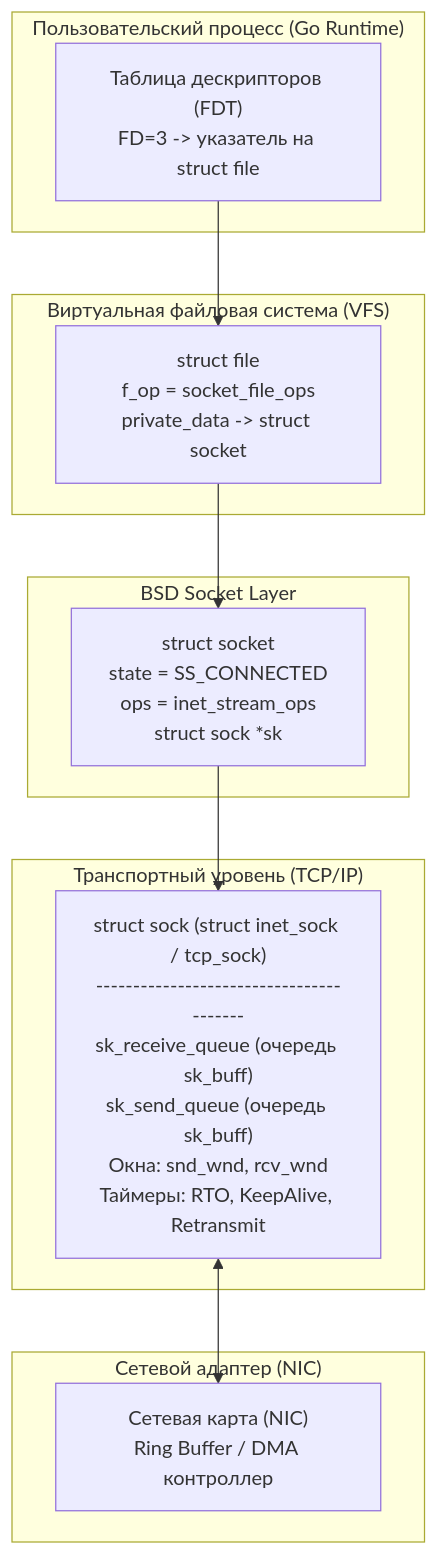
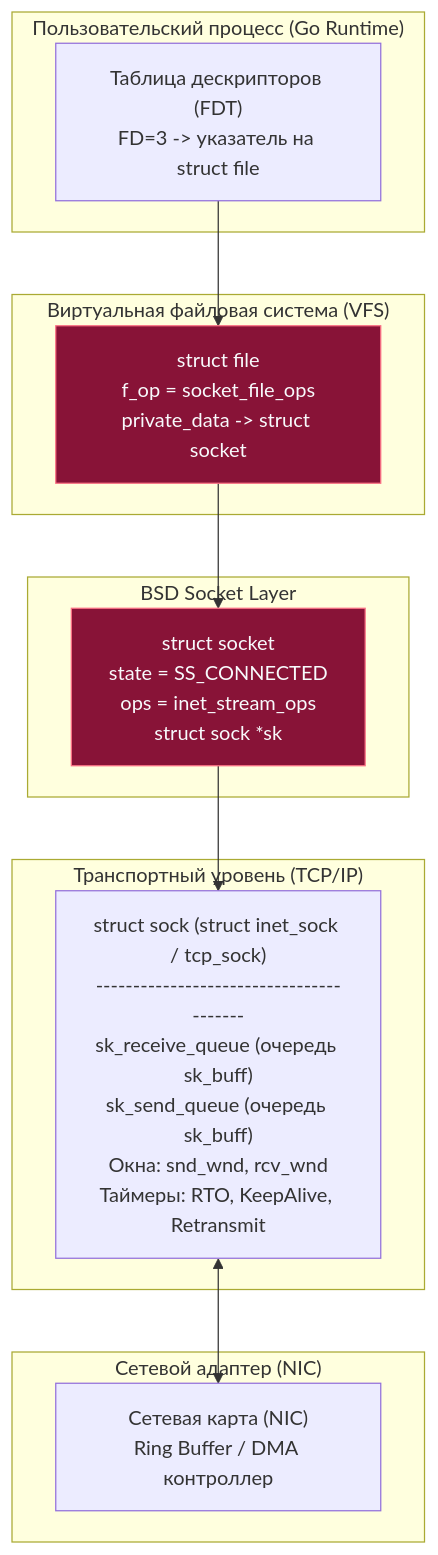
The third of 4 diagrams in sources/3. Компьютерные сети и сетевой стек/15. Порты, сокеты и Socket API.md (UnrealTemplier/go-textbook), drawn with Mermaid before and after one commit. The commit also changed other lines of this file and 1666 other files, not shown here.

First line of the commit message:
feat(mermaid): add semantic color classDef to 1369 colorless flowchart/graph diagrams

````diff
--- a/sources/3. Компьютерные сети и сетевой стек/15. Порты, сокеты и Socket API.md
+++ b/sources/3. Компьютерные сети и сетевой стек/15. Порты, сокеты и Socket API.md
@@ -233,27 +243,37 @@
 ```mermaid
 flowchart TD
+    classDef process  fill:#1e293b,stroke:#38bdf8,stroke-width:1px,color:#f8fafc
+    classDef success  fill:#064e3b,stroke:#34d399,stroke-width:1px,color:#f8fafc
+    classDef error    fill:#7f1d1d,stroke:#f87171,stroke-width:1px,color:#f8fafc
+    classDef warning  fill:#78350f,stroke:#fbbf24,stroke-width:1px,color:#f8fafc
+    classDef entry    fill:#1e3a5f,stroke:#38bdf8,stroke-width:2px,color:#f8fafc
+    classDef aux      fill:#334155,stroke:#64748b,stroke-width:1px,color:#f8fafc
+    classDef system   fill:#312e81,stroke:#a78bfa,stroke-width:1px,color:#f8fafc
+    classDef data     fill:#132d29,stroke:#2dd4bf,stroke-width:1px,color:#f8fafc
+    classDef network  fill:#881337,stroke:#fb7185,stroke-width:1px,color:#f8fafc
+    classDef accent   fill:#1e1b4b,stroke:#818cf8,stroke-width:1px,color:#f8fafc
     subgraph PROCESS["Пользовательский процесс (Go Runtime)"]
         FDT["Таблица дескрипторов (FDT)<br>FD=3 -> указатель на struct file"]
     end
 
     subgraph VFS["Виртуальная файловая система (VFS)"]
-        SF["struct file<br>f_op = socket_file_ops<br>private_data -> struct socket"]
+        SF["struct file<br>f_op = socket_file_ops<br>private_data -> struct socket"]:::network
     end
 
     subgraph BSD_SOCKET["BSD Socket Layer"]
-        SOCK["struct socket<br>state = SS_CONNECTED<br>ops = inet_stream_ops<br>struct sock *sk"]
+        SOCK["struct socket<br>state = SS_CONNECTED<br>ops = inet_stream_ops<br>struct sock *sk"]:::network
     end
 
     subgraph INET_SOCK["Транспортный уровень (TCP/IP)"]
         SK["struct sock (struct inet_sock / tcp_sock)<br>----------------------------------------<br>sk_receive_queue (очередь sk_buff)<br>sk_send_queue (очередь sk_buff)<br>Окна: snd_wnd, rcv_wnd<br>Таймеры: RTO, KeepAlive, Retransmit"]
     end
 
     subgraph HARDWARE["Сетевой адаптер (NIC)"]
         NIC["Сетевая карта (NIC)<br>Ring Buffer / DMA контроллер"]
     end
 
     FDT --> SF
     SF --> SOCK
     SOCK --> SK
     SK <--> NIC
 ```
````
